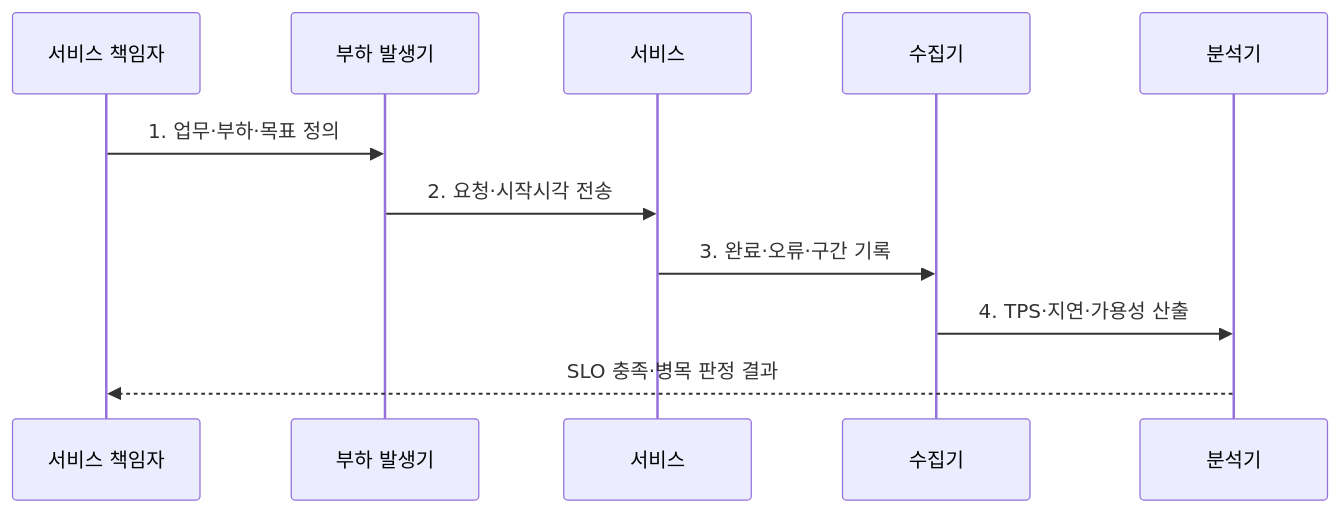
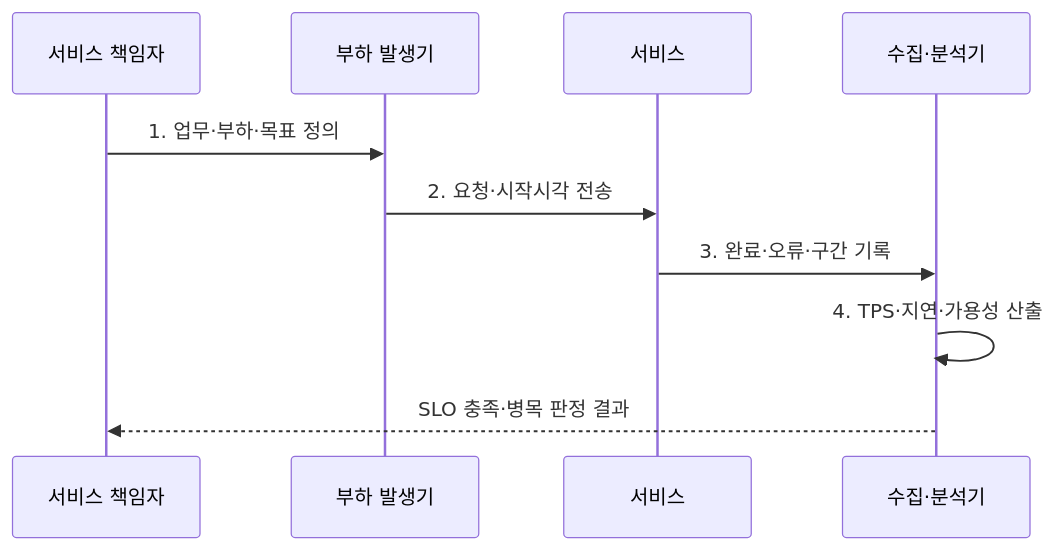
One commit to agnusdei1207/knowledge-base changed the second of 2 diagrams in src/content/docs/notes/06-evaluation/001_system_kpi_tps_response_time.md. Above: the diagram before and after it, drawn with Mermaid. The commit also changed 6 other files, not shown here.

Commit message:
Simplify evaluation calculation flows

````diff
--- a/src/content/docs/notes/06-evaluation/001_system_kpi_tps_response_time.md
+++ b/src/content/docs/notes/06-evaluation/001_system_kpi_tps_response_time.md
@@ -100,13 +100,12 @@
 ```mermaid
 sequenceDiagram
   participant O as 서비스 책임자
   participant L as 부하 발생기
   participant S as 서비스
-  participant C as 수집기
-  participant A as 분석기
+    participant C as 수집·분석기
   O->>L: 1. 업무·부하·목표 정의
   L->>S: 2. 요청·시작시각 전송
   S->>C: 3. 완료·오류·구간 기록
-  C->>A: 4. TPS·지연·가용성 산출
-  A-->>O: SLO 충족·병목 판정 결과
+    C->>C: 4. TPS·지연·가용성 산출
+    C-->>O: SLO 충족·병목 판정 결과
 ```
````
